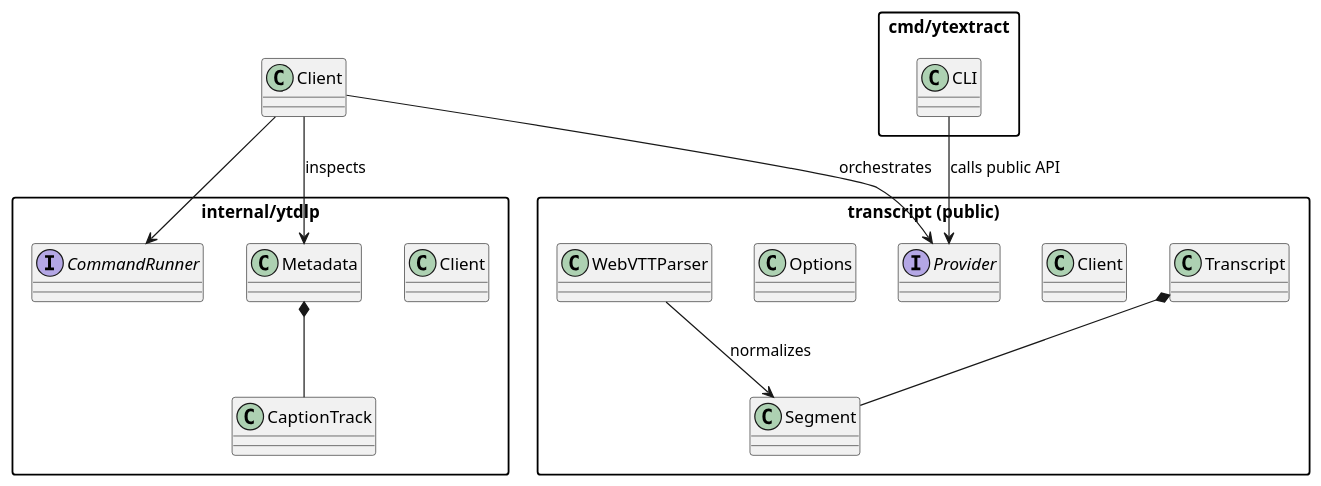
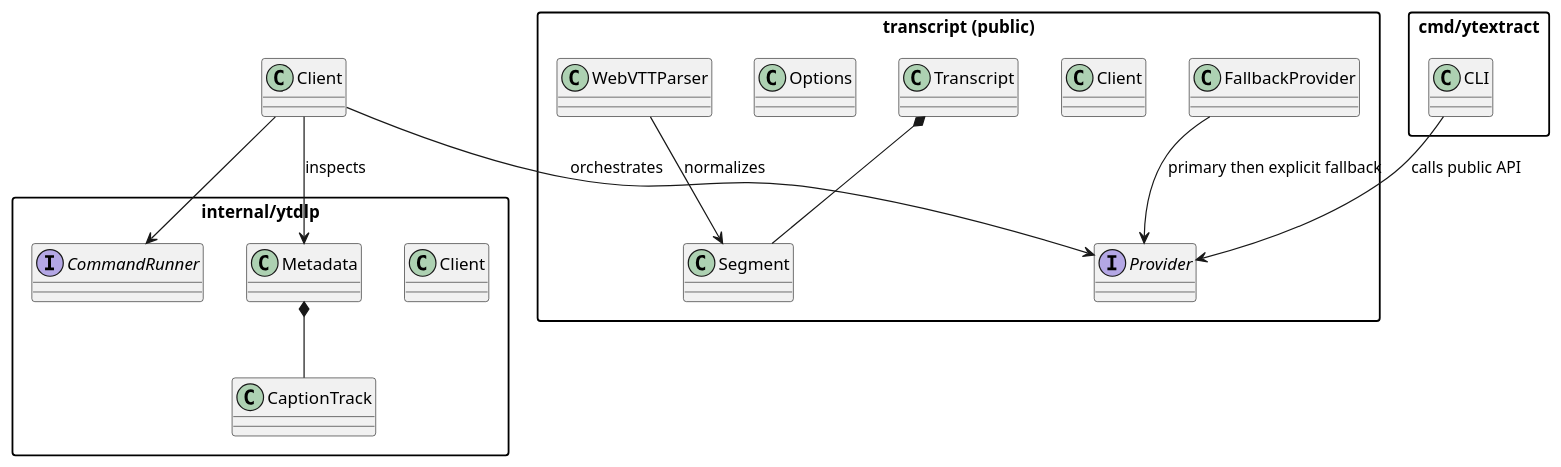
Before and after one commit to mpsanders/voxscripta: the diagram in docs/uml/packages.puml, drawn with PlantUML. The commit also changed 9 other files, not shown here.

Commit message:
feat: add explicit transcript fallback policy

```diff
--- a/docs/uml/packages.puml
+++ b/docs/uml/packages.puml
@@ -1,31 +1,33 @@
 @startuml
 skinparam packageStyle rectangle
 
 package "transcript (public)" {
   class Transcript
   class Segment
   class Client
   interface Provider
+  class FallbackProvider
   class Options
   class WebVTTParser
 }
 
 package "internal/ytdlp" {
   class Client
   interface CommandRunner
   class Metadata
   class CaptionTrack
 }
 
 package "cmd/ytextract" {
   class CLI
 }
 
 CLI --> Provider : calls public API
 Client --> Provider : orchestrates
+FallbackProvider --> Provider : primary then explicit fallback
 Client --> CommandRunner
 Client --> Metadata : inspects
 Metadata *-- CaptionTrack
 Transcript *-- Segment
 WebVTTParser --> Segment : normalizes
 @enduml
```
